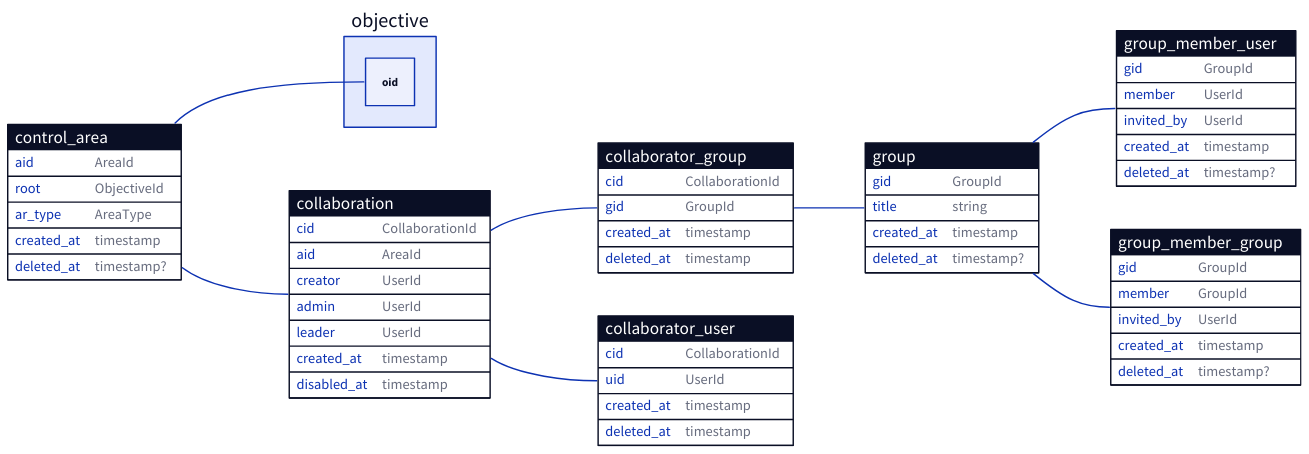
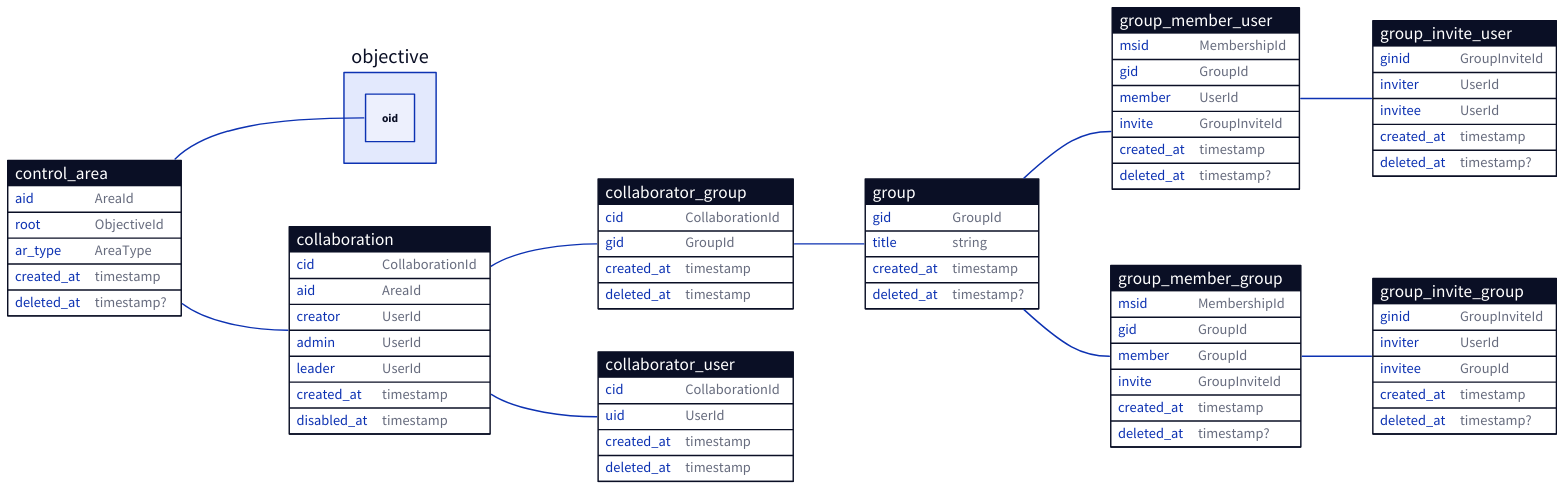
One commit to ufukty/logbook changed the diagram in docs/database/groups.d2. Above: the diagram before and after it, drawn with D2. The commit also changed 2 other files, not shown here.

Commit message:
docs/database/groups.d2: adds `invite` tables

```diff
--- a/docs/database/groups.d2
+++ b/docs/database/groups.d2
@@ -1,89 +1,120 @@
 direction: right
 
 control_area: {
   shape: sql_table
 
   aid: AreaId
   root: ObjectiveId
   ar_type: AreaType
 
   created_at: timestamp
   deleted_at: timestamp?
 }
 
 collaboration: {
   shape: sql_table
 
   cid: CollaborationId
   aid: AreaId
 
   creator: UserId
   admin: UserId
   leader: UserId
 
   created_at: timestamp
   disabled_at: timestamp
 }
 
 collaborator_group: {
   shape: sql_table
 
   cid: CollaborationId
   gid: GroupId
 
   created_at: timestamp
   deleted_at: timestamp
 }
 
 collaborator_user: {
   shape: sql_table
 
   cid: CollaborationId
   uid: UserId
 
   created_at: timestamp
   deleted_at: timestamp
 }
 
 group: {
   shape: sql_table
   
   gid: GroupId
   title: string
   
   created_at: timestamp
   deleted_at: timestamp?
 }
 
 group_member_user: {
   shape: sql_table
+
+  msid: MembershipId
   
   gid: GroupId
   member: UserId
-  invited_by: UserId
+  invite: GroupInviteId
   
   created_at: timestamp
   deleted_at: timestamp?
 }
 
 group_member_group: {
   shape: sql_table
+
+  msid: MembershipId
   
   gid: GroupId
   member: GroupId
-  invited_by: UserId
+  invite: GroupInviteId
+  
+  created_at: timestamp
+  deleted_at: timestamp?
+}
+
+group_invite_group: {
+  shape: sql_table
+
+  ginid: GroupInviteId
+  
+  inviter: UserId
+  invitee: GroupId
+  
+  created_at: timestamp
+  deleted_at: timestamp?
+}
+
+group_invite_user: {
+  shape: sql_table
+
+  ginid: GroupInviteId
+  
+  inviter: UserId
+  invitee: UserId
   
   created_at: timestamp
   deleted_at: timestamp?
 }
 
 control_area.root -- objective.oid
 
 control_area.aid -- collaboration.aid
 collaboration.cid -- collaborator_group.cid
 collaboration.cid -- collaborator_user.cid
 
 collaborator_group.gid -- group.gid
 
 group.gid -- group_member_user.gid
 group.gid -- group_member_group.gid
+
+group_member_group.invite -- group_invite_group.ginid
+group_member_user.invite -- group_invite_user.ginid
```
